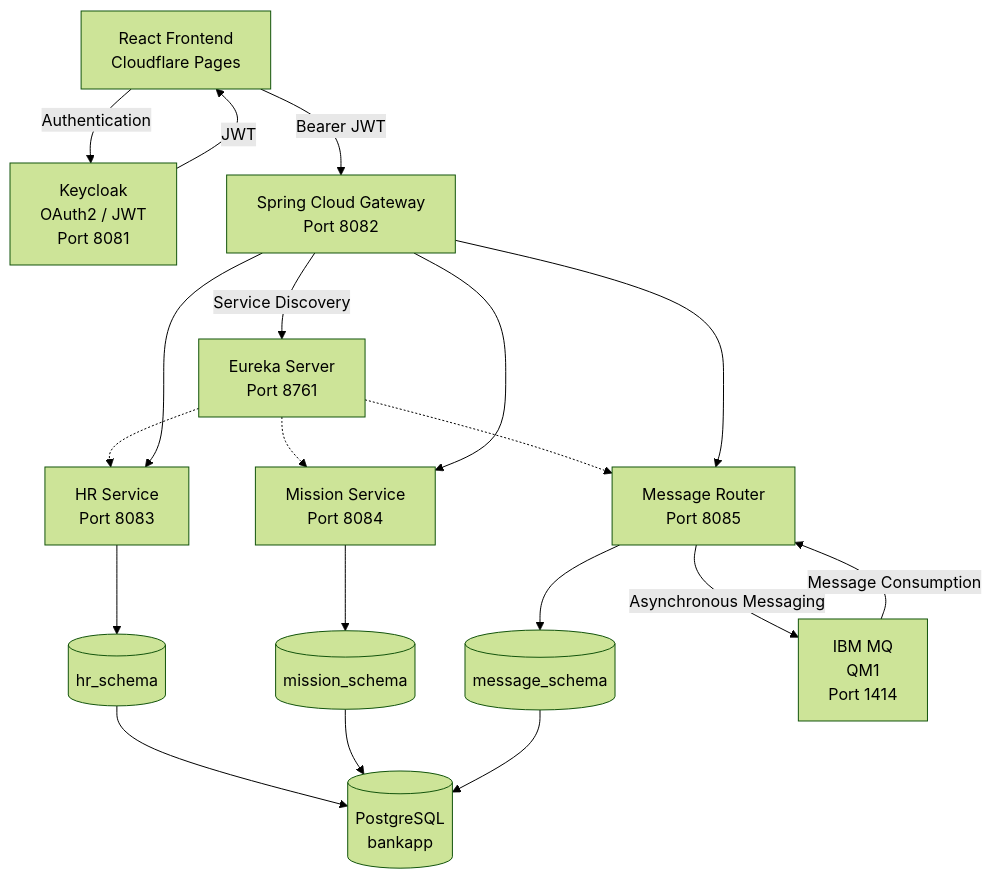
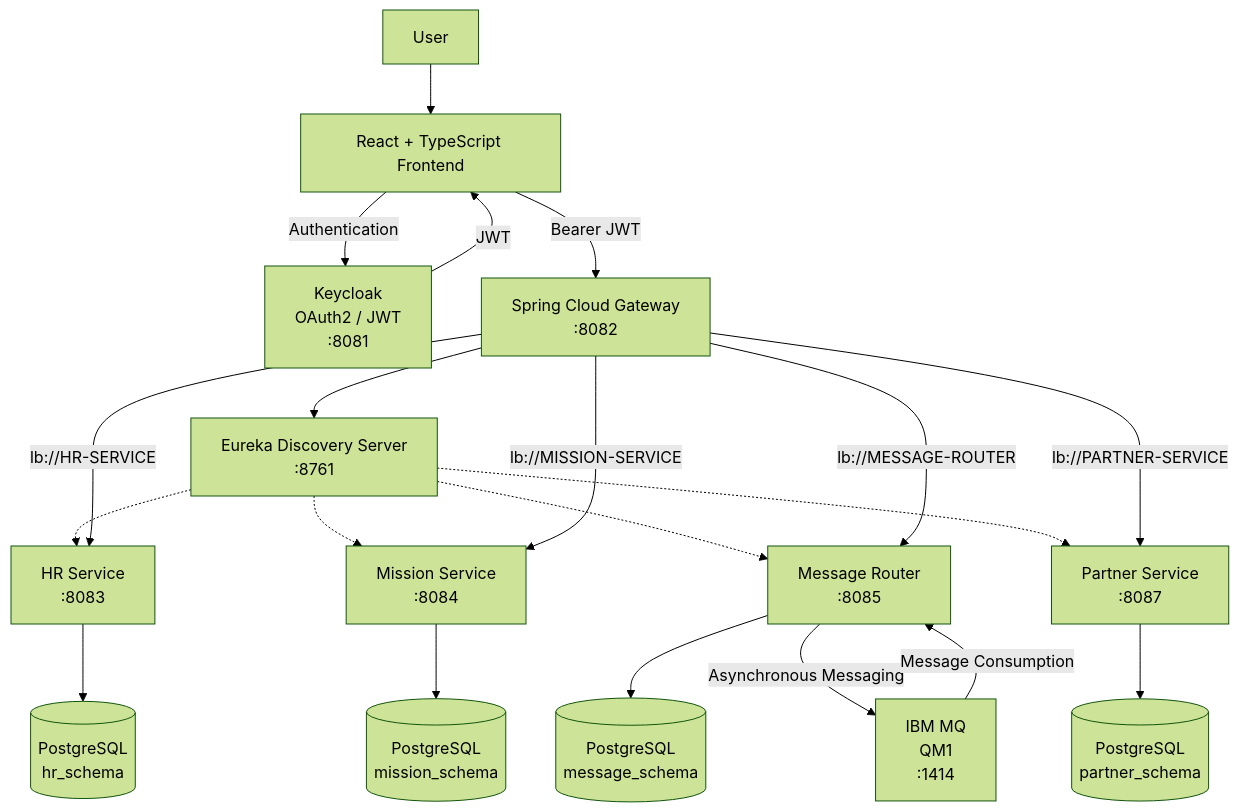
One commit to youssefJmaiel/bankapp-microservice changed the diagram in README.md. Above: the diagram before and after it, drawn with Mermaid (forest theme). The commit also changed other lines of this file, not shown here.

````diff
--- a/README.md
+++ b/README.md
@@ -217,51 +77,51 @@
 ```mermaid
 flowchart TB
 
-    CLIENT["React Frontend<br/>Cloudflare Pages"]
+    USER["User"]
 
-    KC["Keycloak<br/>OAuth2 / JWT<br/>Port 8081"]
+    FRONT["React + TypeScript Frontend"]
 
-    GW["Spring Cloud Gateway<br/>Port 8082"]
+    KC["Keycloak<br/>OAuth2 / JWT<br/>:8081"]
 
-    EUREKA["Eureka Server<br/>Port 8761"]
+    GW["Spring Cloud Gateway<br/>:8082"]
 
-    HR["HR Service<br/>Port 8083"]
+    EUREKA["Eureka Discovery Server<br/>:8761"]
 
-    MISSION["Mission Service<br/>Port 8084"]
+    HR["HR Service<br/>:8083"]
+    MISSION["Mission Service<br/>:8084"]
+    MSG["Message Router<br/>:8085"]
+    PARTNER["Partner Service<br/>:8087"]
 
-    MSG["Message Router<br/>Port 8085"]
+    HRDB[("PostgreSQL<br/>hr_schema")]
+    MISSIONDB[("PostgreSQL<br/>mission_schema")]
+    MSGDB[("PostgreSQL<br/>message_schema")]
+    PARTNERDB[("PostgreSQL<br/>partner_schema")]
 
-    DB[("PostgreSQL<br/>bankapp")]
+    MQ["IBM MQ<br/>QM1<br/>:1414"]
 
-    HRDB[("hr_schema")]
-    MISSIONDB[("mission_schema")]
-    MSGDB[("message_schema")]
+    USER --> FRONT
+    FRONT -->|"Authentication"| KC
+    KC -->|"JWT"| FRONT
 
-    MQ["IBM MQ<br/>QM1<br/>Port 1414"]
+    FRONT -->|"Bearer JWT"| GW
 
-    CLIENT -->|"Authentication"| KC
-    KC -->|"JWT"| CLIENT
-
-    CLIENT -->|"Bearer JWT"| GW
-
-    GW -->|"Service Discovery"| EUREKA
+    GW --> EUREKA
 
     EUREKA -.-> HR
     EUREKA -.-> MISSION
     EUREKA -.-> MSG
+    EUREKA -.-> PARTNER
 
-    GW --> HR
-    GW --> MISSION
-    GW --> MSG
+    GW -->|"lb://HR-SERVICE"| HR
+    GW -->|"lb://MISSION-SERVICE"| MISSION
+    GW -->|"lb://MESSAGE-ROUTER"| MSG
+    GW -->|"lb://PARTNER-SERVICE"| PARTNER
 
     HR --> HRDB
     MISSION --> MISSIONDB
     MSG --> MSGDB
-
-    HRDB --> DB
-    MISSIONDB --> DB
-    MSGDB --> DB
+    PARTNER --> PARTNERDB
 
     MSG -->|"Asynchronous Messaging"| MQ
     MQ -->|"Message Consumption"| MSG
 ```
````
